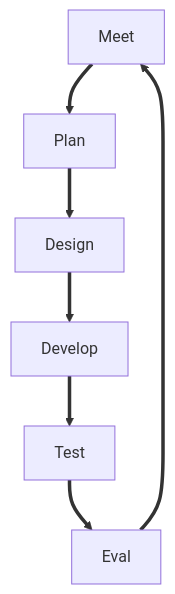
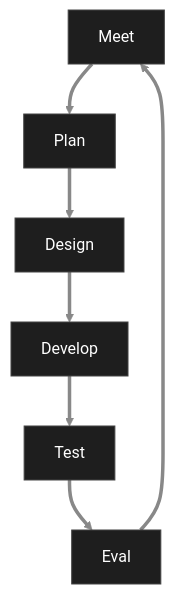
The second of 2 diagrams in Aglie Software Development/Agile Software Development.md (manas15khanna/6th-Semester), drawn with Mermaid before and after one commit. The commit also changed other lines of this file, not shown here.

Commit message:
Diagram color

````diff
--- a/Aglie Software Development/Agile Software Development.md
+++ b/Aglie Software Development/Agile Software Development.md
@@ -94,15 +98,24 @@
 ```mermaid
+%%{
+init: {
+'theme': 'base',
+'themeVariables': {
+'primaryColor': '#1e1e1e',
+'primaryTextColor': '#ffffff',
+'primaryBorderColor': '#444444',
+'lineColor': '#888888',
+'nodeBorder': '#444444',
+'mainBkg': '#1e1e1e',
+'defaultLinkColor': '#888888',
+'fontFamily': 'ui-monospace, monospace'
+}
+}
+}%%
 flowchart
-
 A[Meet] ==> B[Plan]
-
 B==> C[Design]
-
 C==> D[Develop]
-
 D==> E[Test]
-
 E==> F[Eval]
-
 F==>A
 ```
````
